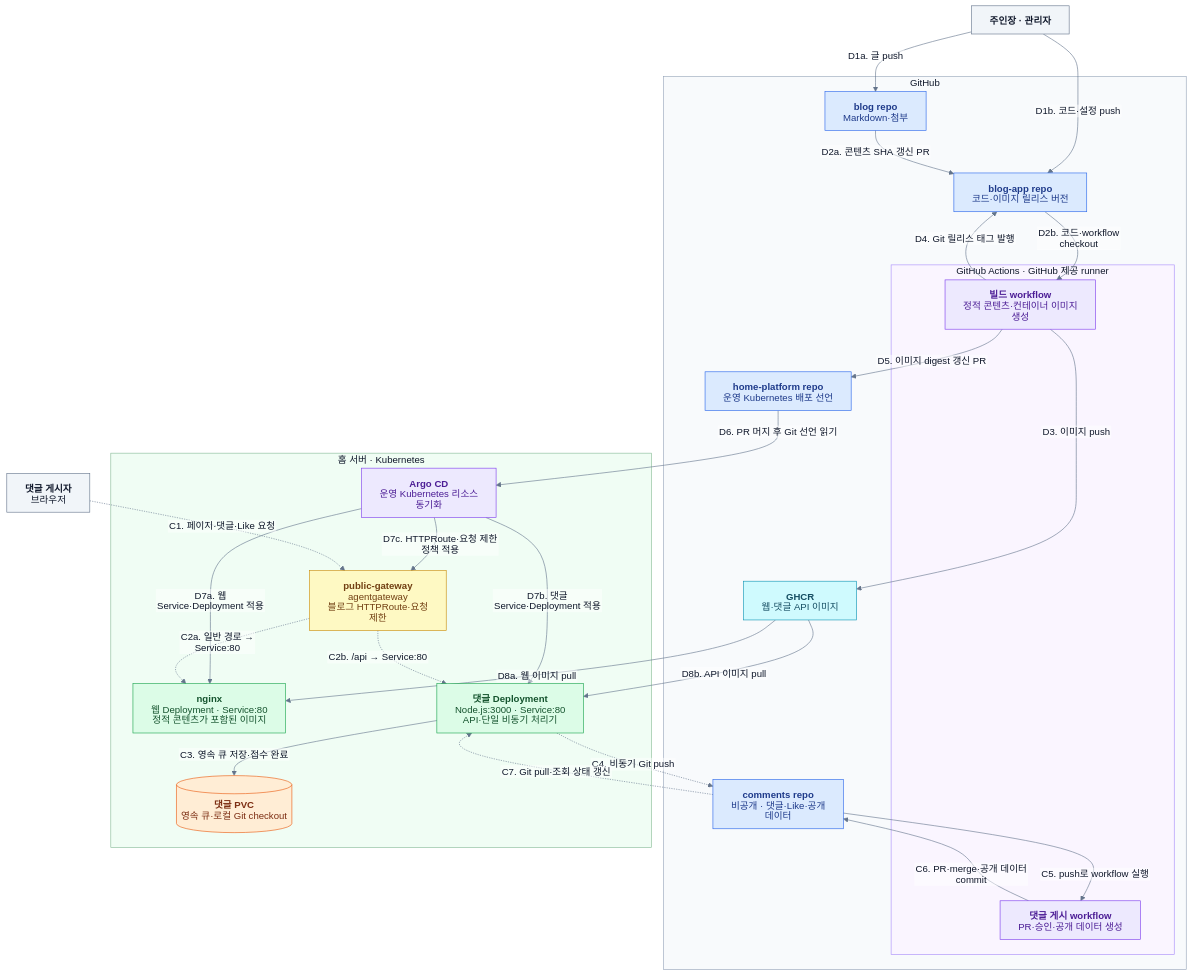
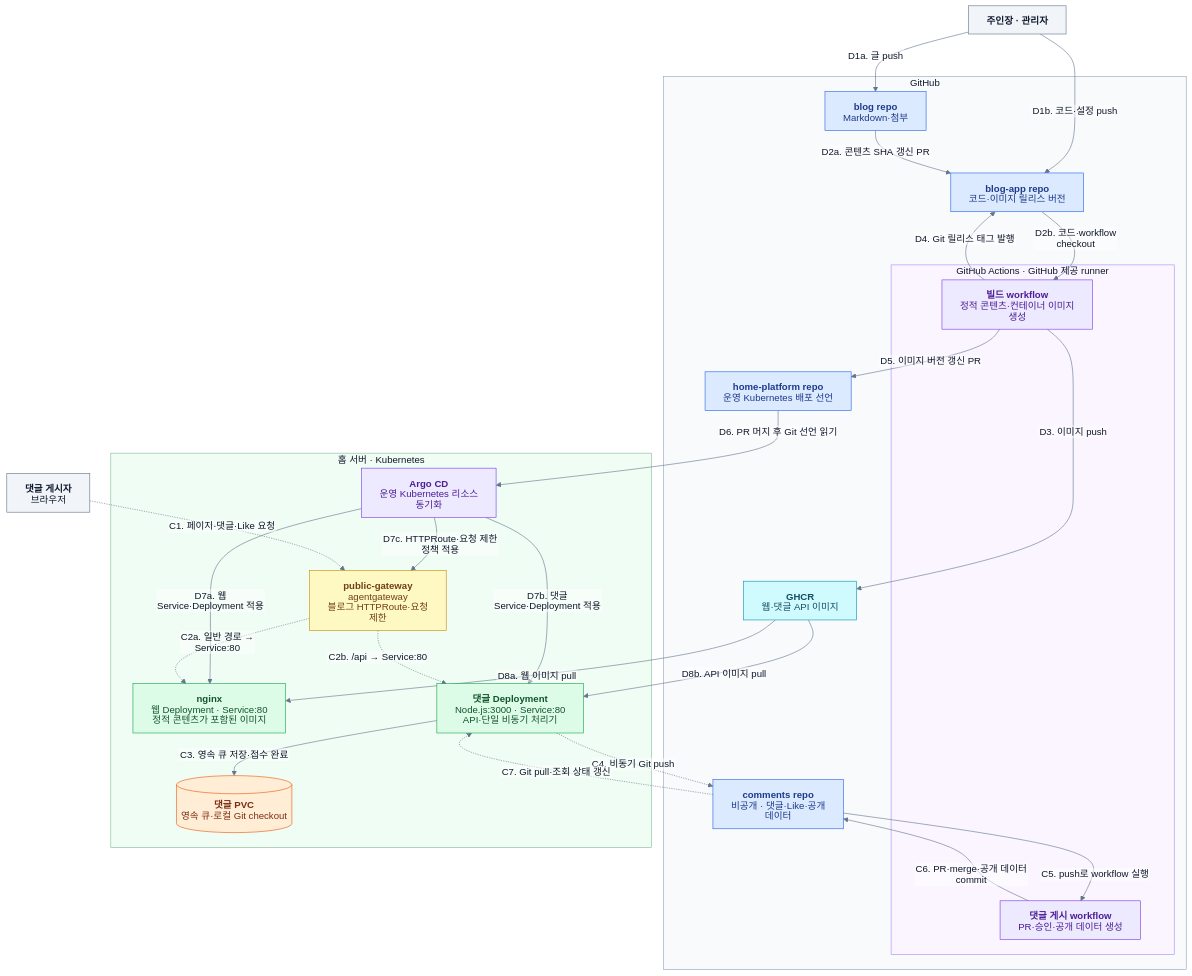
The first of 2 diagrams in ARCHITECTURE.md (anyflow/anyflow-blog), drawn with Mermaid before and after one commit. The commit also changed other lines of this file and 11 other files, not shown here.

```diff
--- a/ARCHITECTURE.md
+++ b/ARCHITECTURE.md
@@ -72,7 +72,7 @@
     Code -->|"D2b. 코드·workflow checkout"| Build
     Build -->|"D3. 이미지 push"| GHCR
     Build -->|"D4. Git 릴리스 태그 발행"| Code
-    Build -->|"D5. 이미지 digest 갱신 PR"| Platform
+    Build -->|"D5. 이미지 버전 갱신 PR"| Platform
     Platform -->|"D6. PR 머지 후 Git 선언 읽기"| Argo
     Argo -->|"D7a. 웹 Service·Deployment 적용"| Web
     Argo -->|"D7b. 댓글 Service·Deployment 적용"| API
```
